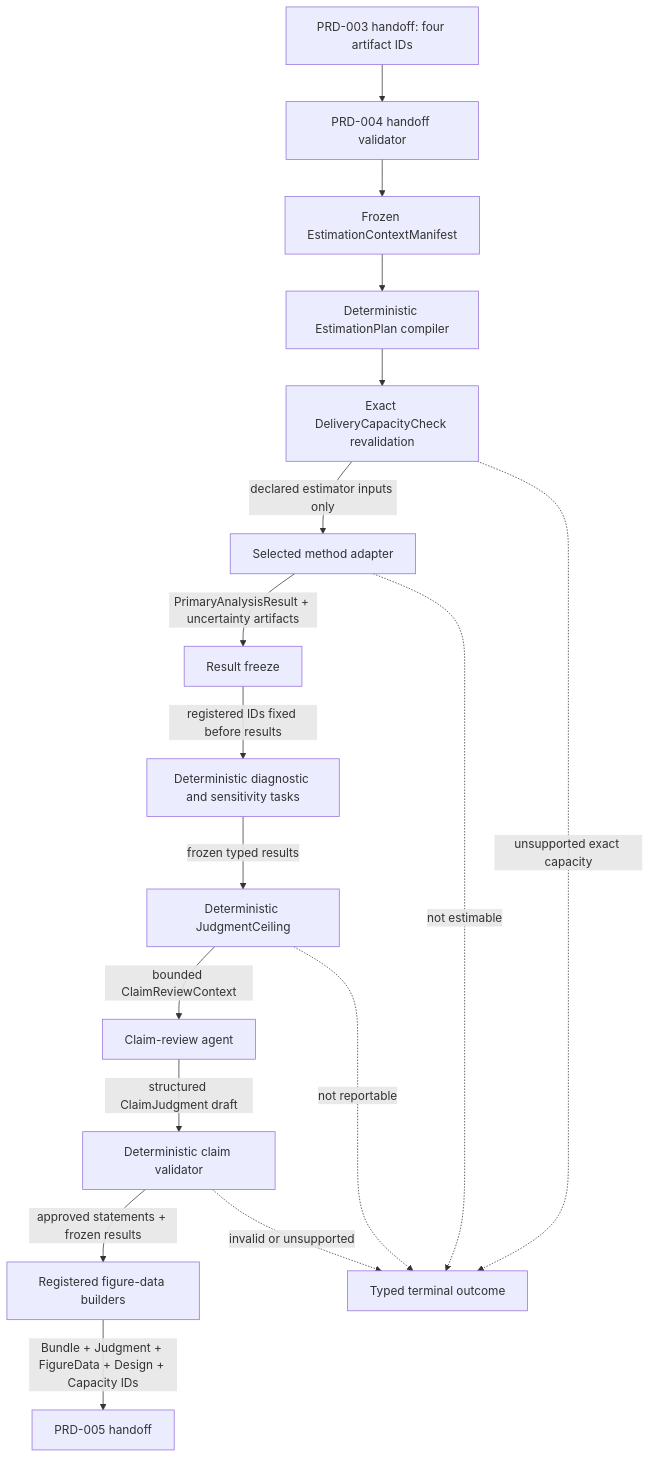
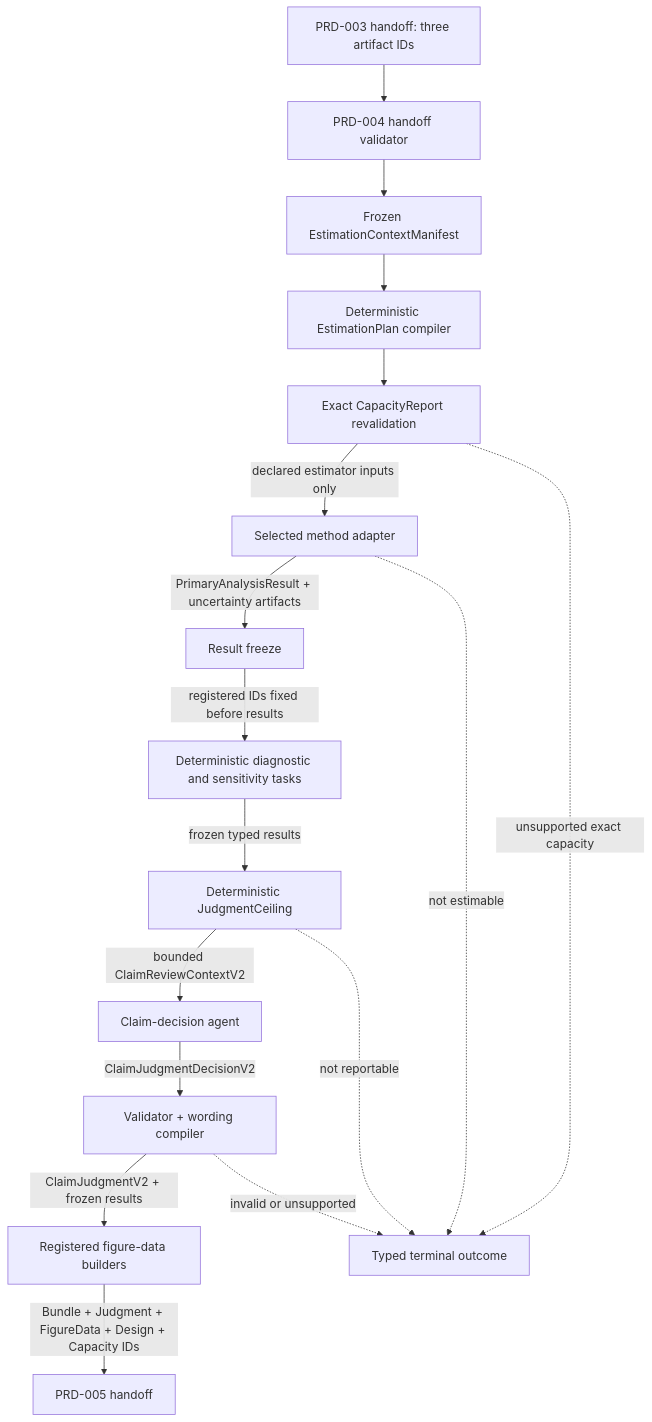
Before and after one commit to Axionis47/causal-inference-agent: the diagram in docs/product/PRD-004-estimation-diagnostics-judgment.md, drawn with Mermaid. The commit also changed other lines of this file and 348 other files, not shown here.

````diff
--- a/docs/product/PRD-004-estimation-diagnostics-judgment.md
+++ b/docs/product/PRD-004-estimation-diagnostics-judgment.md
@@ -937,19 +940,19 @@
 ```mermaid
 flowchart TD
-    P3["PRD-003 handoff: four artifact IDs"] --> HV["PRD-004 handoff validator"]
+    P3["PRD-003 handoff: three artifact IDs"] --> HV["PRD-004 handoff validator"]
     HV --> CM["Frozen EstimationContextManifest"]
     CM --> EP["Deterministic EstimationPlan compiler"]
-    EP --> DC["Exact DeliveryCapacityCheck revalidation"]
+    EP --> DC["Exact CapacityReport revalidation"]
     DC -->|"declared estimator inputs only"| MA["Selected method adapter"]
     MA -->|"PrimaryAnalysisResult + uncertainty artifacts"| RF["Result freeze"]
     RF -->|"registered IDs fixed before results"| DS["Deterministic diagnostic and sensitivity tasks"]
     DS -->|"frozen typed results"| JC["Deterministic JudgmentCeiling"]
-    JC -->|"bounded ClaimReviewContext"| CRA["Claim-review agent"]
-    CRA -->|"structured ClaimJudgment draft"| JV["Deterministic claim validator"]
-    JV -->|"approved statements + frozen results"| FD["Registered figure-data builders"]
+    JC -->|"bounded ClaimReviewContextV2"| CRA["Claim-decision agent"]
+    CRA -->|"ClaimJudgmentDecisionV2"| JV["Validator + wording compiler"]
+    JV -->|"ClaimJudgmentV2 + frozen results"| FD["Registered figure-data builders"]
     FD -->|"Bundle + Judgment + FigureData + Design + Capacity IDs"| P5["PRD-005 handoff"]
     MA -. "not estimable" .-> STOP["Typed terminal outcome"]
     DC -. "unsupported exact capacity" .-> STOP
     JC -. "not reportable" .-> STOP
     JV -. "invalid or unsupported" .-> STOP
 ```
````
